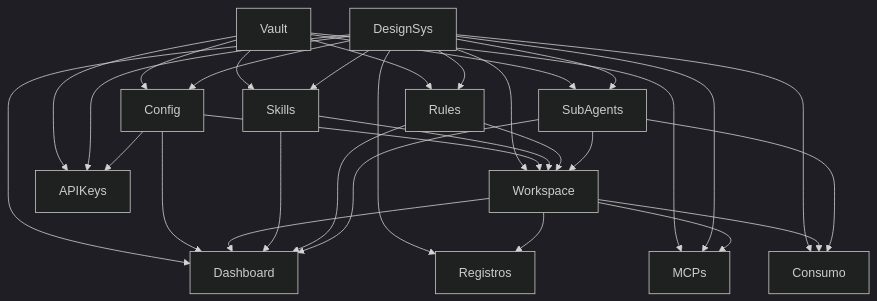
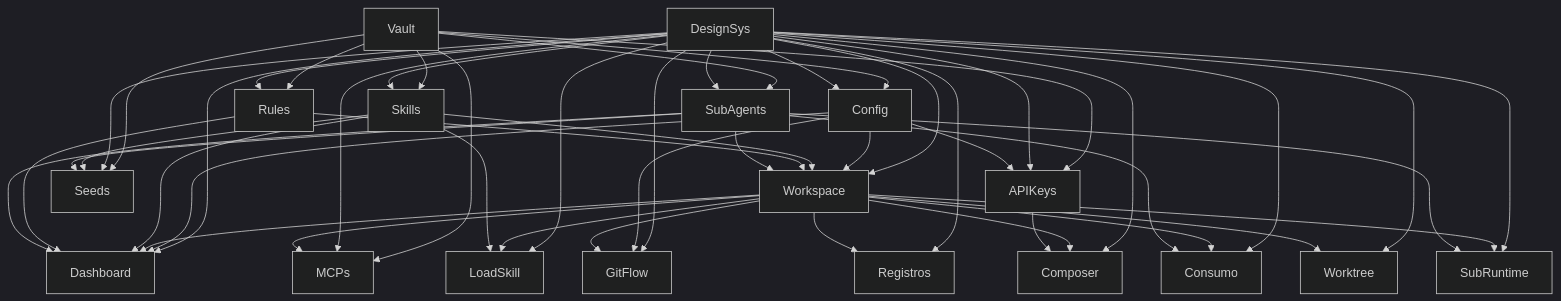
Before and after one commit to humbertoluks/engrena-code: the diagram in docs/PRD.md, drawn with Mermaid (dark theme). The commit also changed other lines of this file and 10 other files, not shown here.

First line of the commit message:
feat(F12): register load_skill on engrenacode MCP

````diff
--- a/docs/PRD.md
+++ b/docs/PRD.md
@@ -584,33 +791,51 @@
 ```mermaid
 graph TD
   F01[Vault] --> F02[Config]
   F011[DesignSys] --> F02
   F01 --> F05[Skills]
   F011 --> F05
   F01 --> F06[Rules]
   F011 --> F06
   F01 --> F07[SubAgents]
   F011 --> F07
   F011 --> F03[Workspace]
   F02 --> F03
   F05 --> F03
   F06 --> F03
   F07 --> F03
   F011 --> F04[Dashboard]
   F02 --> F04
   F03 --> F04
   F05 --> F04
   F06 --> F04
   F07 --> F04
   F01 --> F10[APIKeys]
   F011 --> F10
   F02 --> F10
   F011 --> F08[Registros]
   F03 --> F08
   F01 --> F09[MCPs]
   F011 --> F09
   F03 --> F09
   F011 --> F11[Consumo]
   F03 --> F11
   F07 --> F11
+  F01 --> F17[Seeds]
+  F011 --> F17
+  F05 --> F17
+  F07 --> F17
+  F011 --> F12[LoadSkill]
+  F03 --> F12
+  F05 --> F12
+  F011 --> F13[Worktree]
+  F03 --> F13
+  F011 --> F14[GitFlow]
+  F02 --> F14
+  F03 --> F14
+  F011 --> F15[SubRuntime]
+  F03 --> F15
+  F07 --> F15
+  F011 --> F16[Composer]
+  F03 --> F16
+  F10 --> F16
 ```
````
